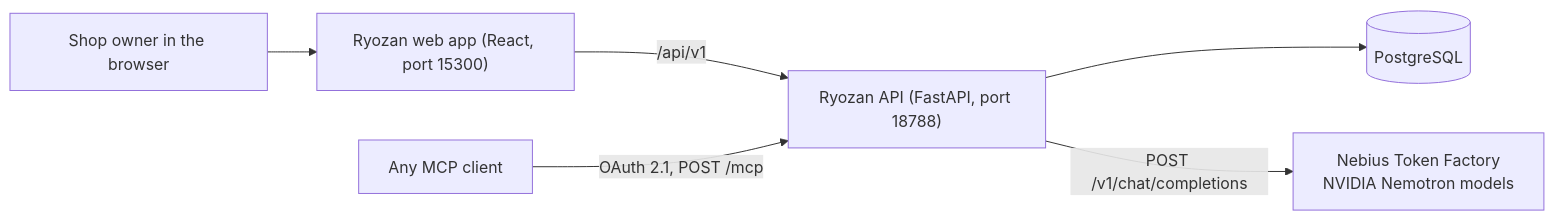
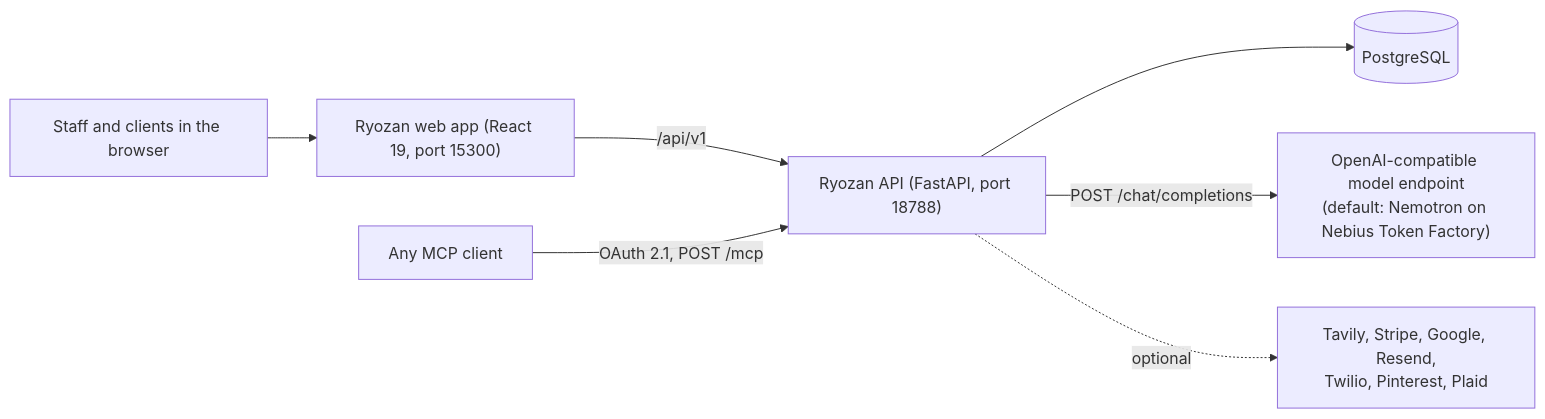
Before and after one commit to GalaAI/ryozan: the diagram in README.md, drawn with Mermaid. The commit also changed other lines of this file and 12 other files, not shown here.

````diff
--- a/README.md
+++ b/README.md
@@ -26,8 +66,9 @@
 ```mermaid
 flowchart LR
-  Owner["Shop owner in the browser"] --> App["Ryozan web app (React, port 15300)"]
+  Staff["Staff and clients in the browser"] --> App["Ryozan web app (React 19, port 15300)"]
   App -->|"/api/v1"| API["Ryozan API (FastAPI, port 18788)"]
   API --> DB[("PostgreSQL")]
-  API -->|"POST /v1/chat/completions"| TF["Nebius Token Factory\nNVIDIA Nemotron models"]
+  API -->|"POST /chat/completions"| LLM["OpenAI-compatible model endpoint\n(default: Nemotron on Nebius Token Factory)"]
+  API -.->|"optional"| Ext["Tavily, Stripe, Google, Resend,\nTwilio, Pinterest, Plaid"]
   MCPClient["Any MCP client"] -->|"OAuth 2.1, POST /mcp"| API
 ```
````
